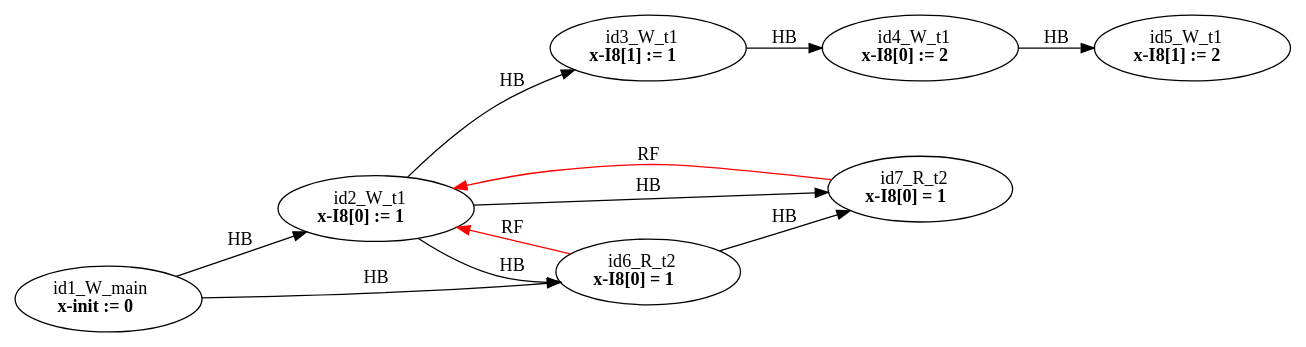
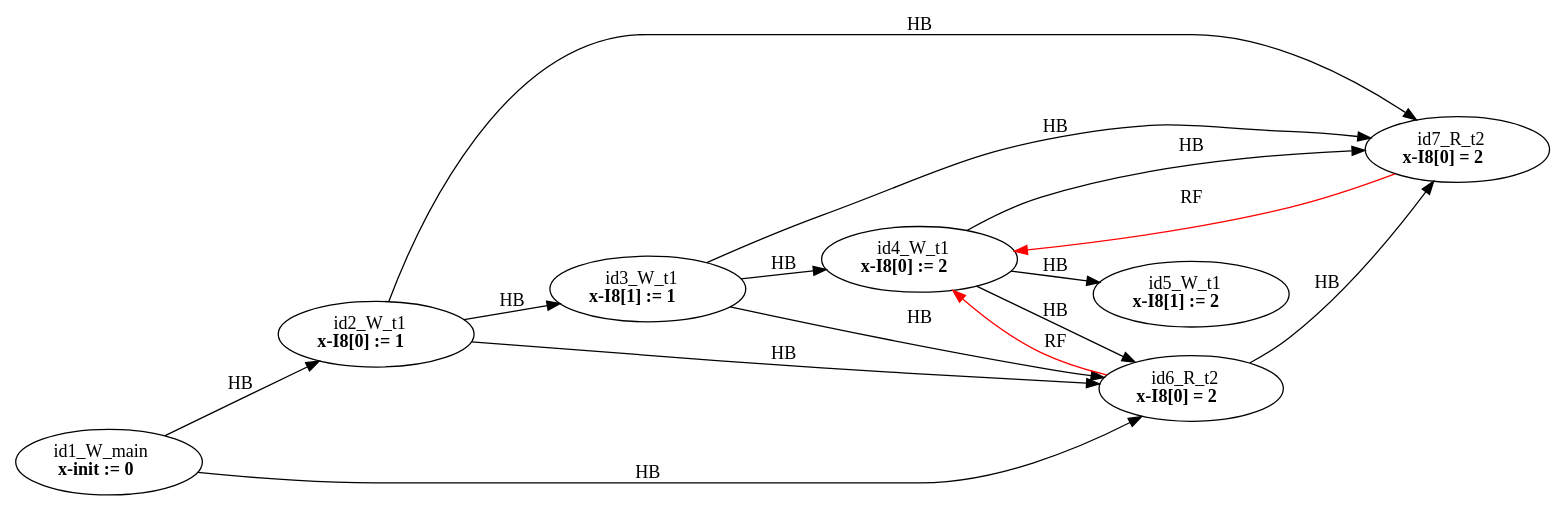
Before and after one commit to FMJS/EMME: the diagram in examples/single_var/ite/sv_i_simple02/mm6.dot, drawn with Graphviz. The commit also changed 6 other files, not shown here.

```diff
--- a/examples/single_var/ite/sv_i_simple02/mm6.dot
+++ b/examples/single_var/ite/sv_i_simple02/mm6.dot
@@ -1,21 +1,25 @@
 digraph memory_model {
 rankdir=LR;
 splines=true; esep=0.5;
 id2_W_t1 -> id3_W_t1 [label = "HB", color="black"];
 id3_W_t1 -> id4_W_t1 [label = "HB", color="black"];
 id4_W_t1 -> id5_W_t1 [label = "HB", color="black"];
 id1_W_main -> id2_W_t1 [label = "HB", color="black"];
 id1_W_main -> id6_R_t2 [label = "HB", color="black"];
 id2_W_t1 -> id6_R_t2 [label = "HB", color="black"];
+id3_W_t1 -> id6_R_t2 [label = "HB", color="black"];
+id4_W_t1 -> id6_R_t2 [label = "HB", color="black"];
 id6_R_t2 -> id7_R_t2 [label = "HB", color="black"];
+id3_W_t1 -> id7_R_t2 [label = "HB", color="black"];
+id4_W_t1 -> id7_R_t2 [label = "HB", color="black"];
 id2_W_t1 -> id7_R_t2 [label = "HB", color="black"];
-id6_R_t2 -> id2_W_t1 [label = "RF", color="red"];
-id7_R_t2 -> id2_W_t1 [label = "RF", color="red"];
+id6_R_t2 -> id4_W_t1 [label = "RF", color="red"];
+id7_R_t2 -> id4_W_t1 [label = "RF", color="red"];
 id1_W_main [label=<id1_W_main<br/><B>x-init := 0</B>>, pos="2.5,8!"]
 id2_W_t1 [label=<id2_W_t1<br/><B>x-I8[0] := 1</B>>, pos="0,6!"]
 id3_W_t1 [label=<id3_W_t1<br/><B>x-I8[1] := 1</B>>, pos="0,4!"]
 id4_W_t1 [label=<id4_W_t1<br/><B>x-I8[0] := 2</B>>, pos="0,2!"]
 id5_W_t1 [label=<id5_W_t1<br/><B>x-I8[1] := 2</B>>, pos="0,0!"]
-id6_R_t2 [label=<id6_R_t2<br/><B>x-I8[0] = 1</B>>, pos="5,6!"]
-id7_R_t2 [label=<id7_R_t2<br/><B>x-I8[0] = 1</B>>, pos="5,4!"]
+id6_R_t2 [label=<id6_R_t2<br/><B>x-I8[0] = 2</B>>, pos="5,6!"]
+id7_R_t2 [label=<id7_R_t2<br/><B>x-I8[0] = 2</B>>, pos="5,4!"]
 }
```
